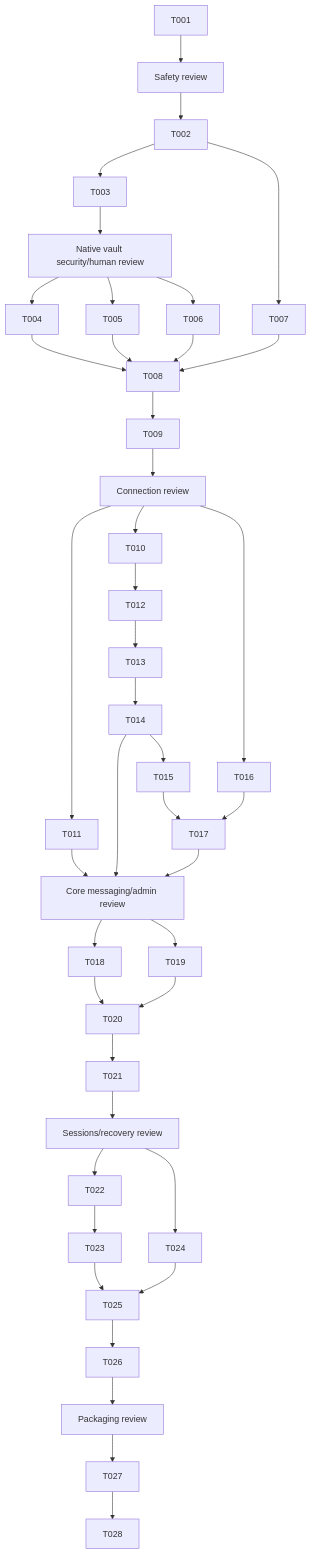
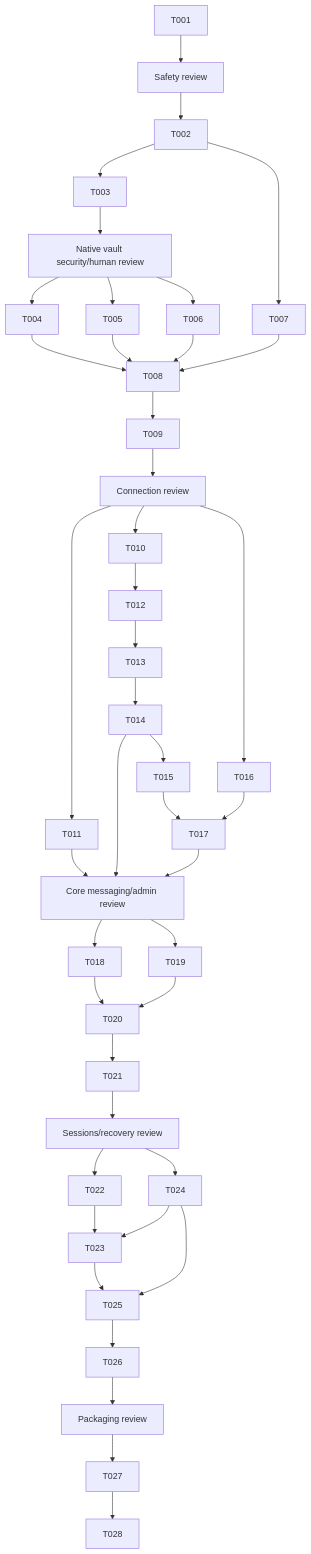
Before and after one commit to angpysha/ServiceBusExplorer: the diagram in specs/001-safe-servicebus-mvp/tasks.md, drawn with Mermaid. The commit also changed other lines of this file and 9 other files, not shown here.

````diff
--- a/specs/001-safe-servicebus-mvp/tasks.md
+++ b/specs/001-safe-servicebus-mvp/tasks.md
@@ -159,34 +159,35 @@
 ```mermaid
 flowchart TD
   T001 --> R1[Safety review]
   R1 --> T002
   T002 --> T003 --> RV[Native vault security/human review]
   RV --> T004
   RV --> T005
   RV --> T006
   T002 --> T007
   T004 --> T008
   T005 --> T008
   T006 --> T008
   T007 --> T008 --> T009 --> R2[Connection review]
   R2 --> T010
   R2 --> T011
   T010 --> T012 --> T013 --> T014
   T014 --> T015
   R2 --> T016
   T015 --> T017
   T016 --> T017
   T011 --> R3[Core messaging/admin review]
   T014 --> R3
   T017 --> R3
   R3 --> T018
   R3 --> T019
   T018 --> T020
   T019 --> T020 --> T021 --> R4[Sessions/recovery review]
   R4 --> T022
   T022 --> T023
   R4 --> T024
+  T024 --> T023
   T023 --> T025
   T024 --> T025 --> T026 --> R5[Packaging review]
   R5 --> T027 --> T028
 ```
````
